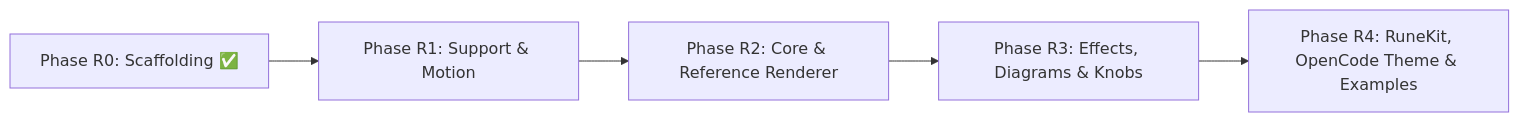
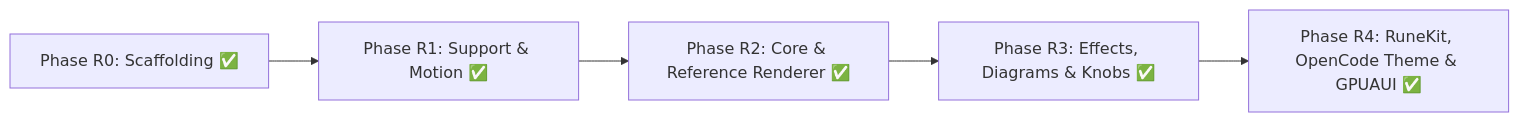
The second of 2 diagrams in docs/ROADMAP.md (mweinbach/GPUA), drawn with Mermaid before and after one commit. The commit also changed other lines of this file and 30 other files, not shown here.

````diff
--- a/docs/ROADMAP.md
+++ b/docs/ROADMAP.md
@@ -99,7 +99,7 @@
 ```mermaid
 flowchart LR
-    R0["Phase R0: Scaffolding ✅"] --> R1["Phase R1: Support & Motion"]
-    R1 --> R2["Phase R2: Core & Reference Renderer"]
-    R2 --> R3["Phase R3: Effects, Diagrams & Knobs"]
-    R3 --> R4["Phase R4: RuneKit, OpenCode Theme & Examples"]
+    R0["Phase R0: Scaffolding ✅"] --> R1["Phase R1: Support & Motion ✅"]
+    R1 --> R2["Phase R2: Core & Reference Renderer ✅"]
+    R2 --> R3["Phase R3: Effects, Diagrams & Knobs ✅"]
+    R3 --> R4["Phase R4: RuneKit, OpenCode Theme & GPUAUI ✅"]
 ```
````
